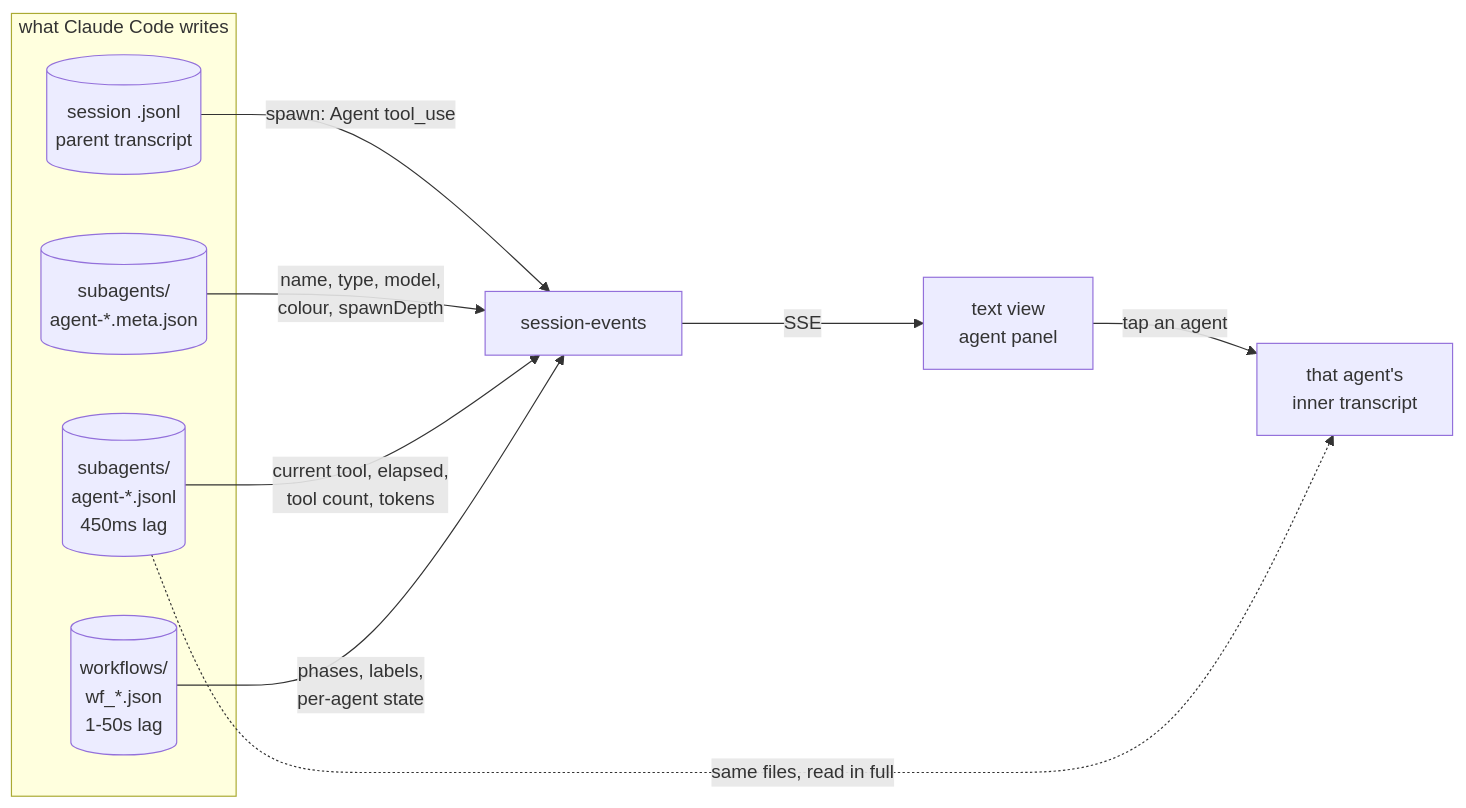
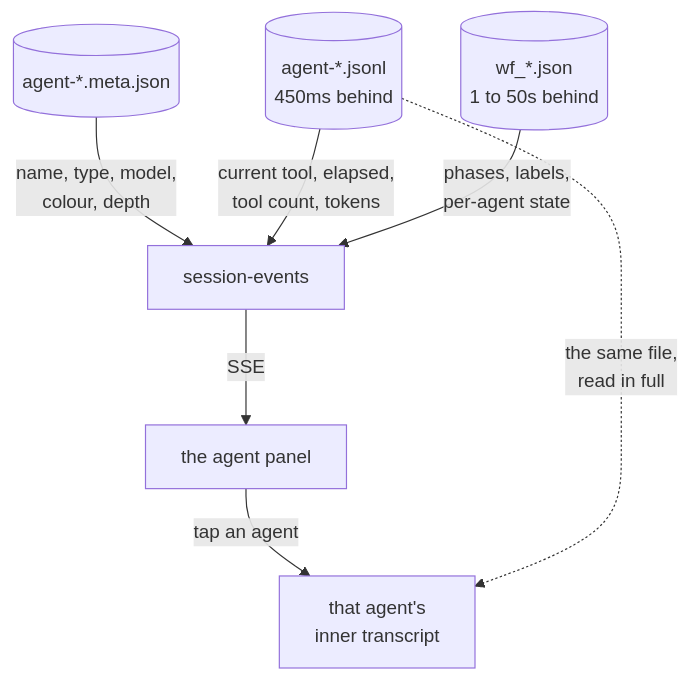
Before and after one commit to ViktorBarzin/terminal-lobby: the diagram in docs/plans/2026-09-12-agent-workflow-visualisation-design.md, drawn with Mermaid.

Commit message:
docs(plans): turn the data flow diagram top-down so it fits
The LR version ran off the right edge of the rendered page, clipping the
text view node, and wide diagrams are the wrong shape for reviewing on a
phone. Same nodes and same edges, shorter labels, stacked vertically.

````diff
--- a/docs/plans/2026-09-12-agent-workflow-visualisation-design.md
+++ b/docs/plans/2026-09-12-agent-workflow-visualisation-design.md
@@ -118,16 +118,12 @@
 ```mermaid
-flowchart LR
-  subgraph disk["what Claude Code writes"]
-    P[("session .jsonl<br/>parent transcript")]
-    M[("subagents/<br/>agent-*.meta.json")]
-    A[("subagents/<br/>agent-*.jsonl<br/>450ms lag")]
-    W[("workflows/<br/>wf_*.json<br/>1-50s lag")]
-  end
-  P -->|"spawn: Agent tool_use"| SE[session-events]
-  M -->|"name, type, model,<br/>colour, spawnDepth"| SE
+flowchart TD
+  M[("agent-*.meta.json")]
+  A[("agent-*.jsonl<br/>450ms behind")]
+  W[("wf_*.json<br/>1 to 50s behind")]
+  M -->|"name, type, model,<br/>colour, depth"| SE
   A -->|"current tool, elapsed,<br/>tool count, tokens"| SE
   W -->|"phases, labels,<br/>per-agent state"| SE
-  SE -->|SSE| UI["text view<br/>agent panel"]
-  UI -->|"tap an agent"| DRILL["that agent's<br/>inner transcript"]
-  A -.->|"same files, read in full"| DRILL
+  SE["session-events"] -->|SSE| UI["the agent panel"]
+  UI -->|"tap an agent"| D["that agent's<br/>inner transcript"]
+  A -.->|"the same file,<br/>read in full"| D
 ```
````
